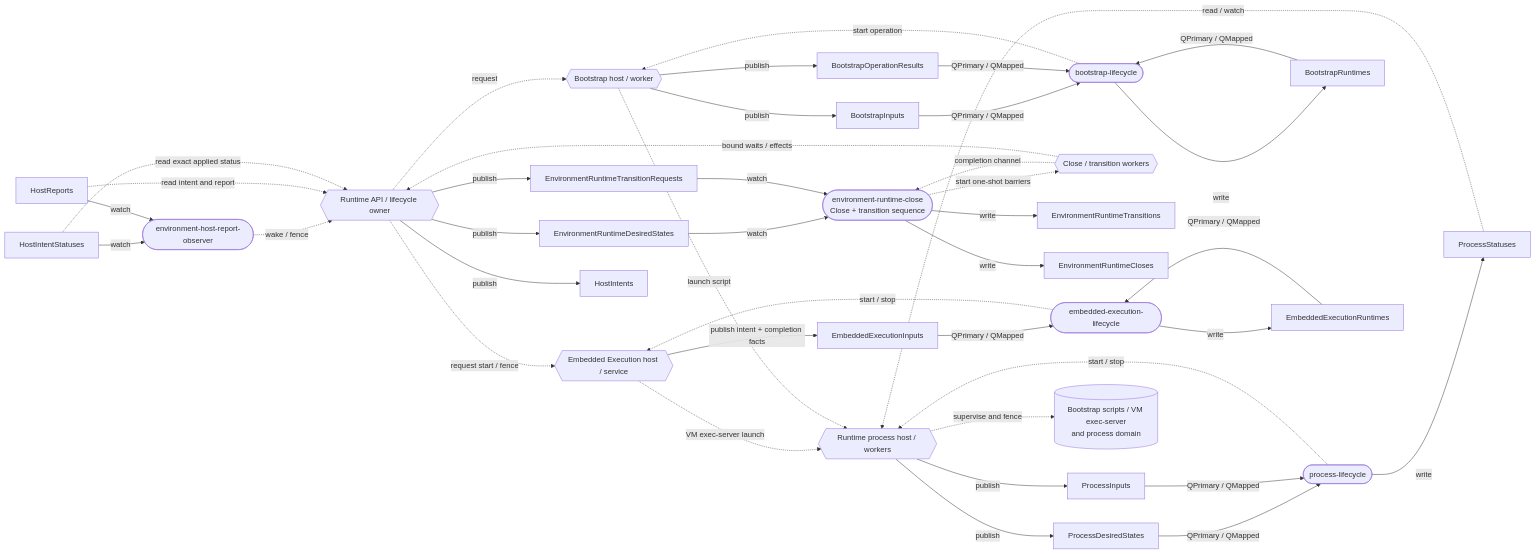
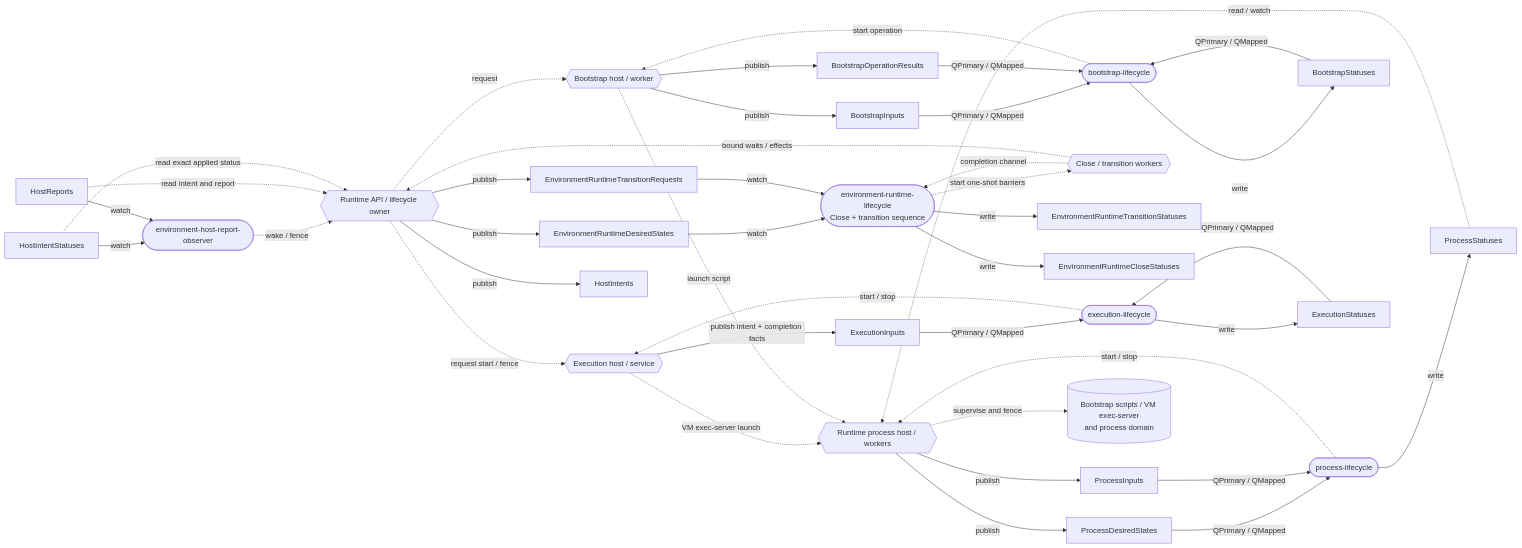
One commit to agentydragon/ducktape changed the first of 7 diagrams in agentplane/env/runtime/docs/cosi.md. Above: the diagram before and after it, drawn with Mermaid. The commit also changed other lines of this file and 21 other files, not shown here.

Commit message:
Standardize Environment Runtime COSI status names

````diff
--- a/agentplane/env/runtime/docs/cosi.md
+++ b/agentplane/env/runtime/docs/cosi.md
@@ -18,58 +18,58 @@
 ```mermaid
 flowchart LR
   API{{"Runtime API / lifecycle owner"}}
   BH{{"Bootstrap host / worker"}}
   PH{{"Runtime process host / workers"}}
-  RC(["environment-runtime-close<br/>Close + transition sequence"])
+  RC(["environment-runtime-lifecycle<br/>Close + transition sequence"])
   HO(["environment-host-report-observer"])
   BC(["bootstrap-lifecycle"])
   PC(["process-lifecycle"])
-  EC(["embedded-execution-lifecycle"])
-  EH{{"Embedded Execution host / service"}}
+  EC(["execution-lifecycle"])
+  EH{{"Execution host / service"}}
   CW{{"Close / transition workers"}}
   ED["EnvironmentRuntimeDesiredStates"]
   TR["EnvironmentRuntimeTransitionRequests"]
-  TS["EnvironmentRuntimeTransitions"]
-  CL["EnvironmentRuntimeCloses"]
+  TS["EnvironmentRuntimeTransitionStatuses"]
+  CL["EnvironmentRuntimeCloseStatuses"]
   I["HostIntents"]
   IS["HostIntentStatuses"]
   R["HostReports"]
   BI["BootstrapInputs"]
   BO["BootstrapOperationResults"]
-  BR["BootstrapRuntimes"]
+  BR["BootstrapStatuses"]
   PD["ProcessDesiredStates"]
   PI["ProcessInputs"]
   PS["ProcessStatuses"]
-  EI["EmbeddedExecutionInputs"]
-  ER["EmbeddedExecutionRuntimes"]
+  EI["ExecutionInputs"]
+  ER["ExecutionStatuses"]
   Native[("Bootstrap scripts / VM exec-server<br/>and process domain")]
 
   API -->|publish| ED & TR & I
   ED & TR -->|watch| RC
   RC -->|write| CL & TS
   RC -.->|start one-shot barriers| CW
   CW -.->|completion channel| RC
   CW -.->|bound waits / effects| API
   API -.->|request start / fence| EH
   EH -->|publish intent + completion facts| EI
   EI & ER -->|QPrimary / QMapped| EC
   EC -->|write| ER
   EC -.->|start / stop| EH
   EH -.->|VM exec-server launch| PH
   IS & R -->|watch| HO
   HO -.->|wake / fence| API
   R -.->|read intent and report| API
   IS -.->|read exact applied status| API
   API -.->|request| BH
   BH -->|publish| BI & BO
   BI & BO & BR -->|QPrimary / QMapped| BC
   BC -->|write| BR
   BC -.->|start operation| BH
   BH -.->|launch script| PH
   PH -->|publish| PD & PI
   PD & PI -->|QPrimary / QMapped| PC
   PC -->|write| PS
   PC -.->|start / stop| PH
   PH -.->|supervise and fence| Native
   PS -.->|read / watch| PH
 ```
````
